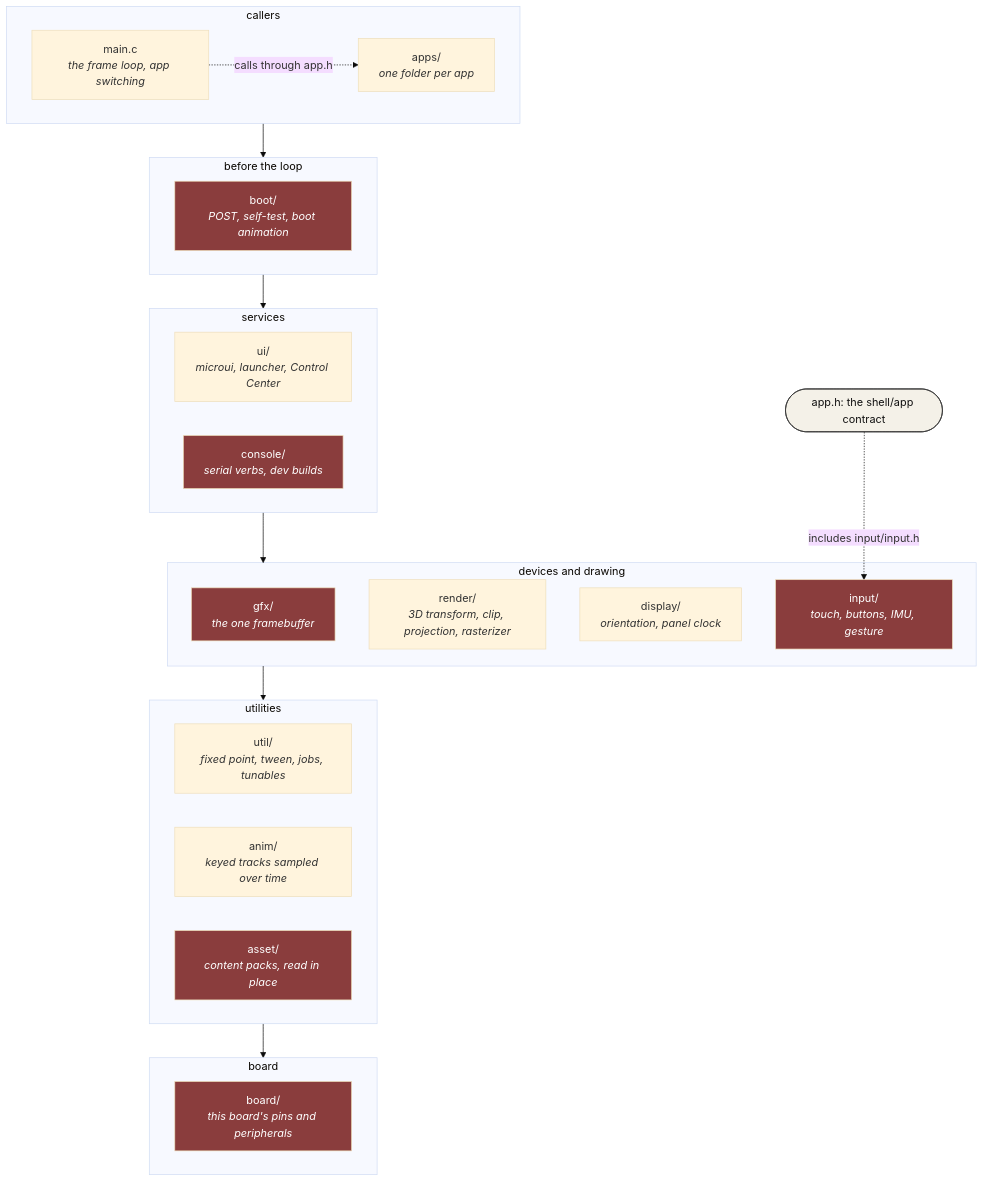
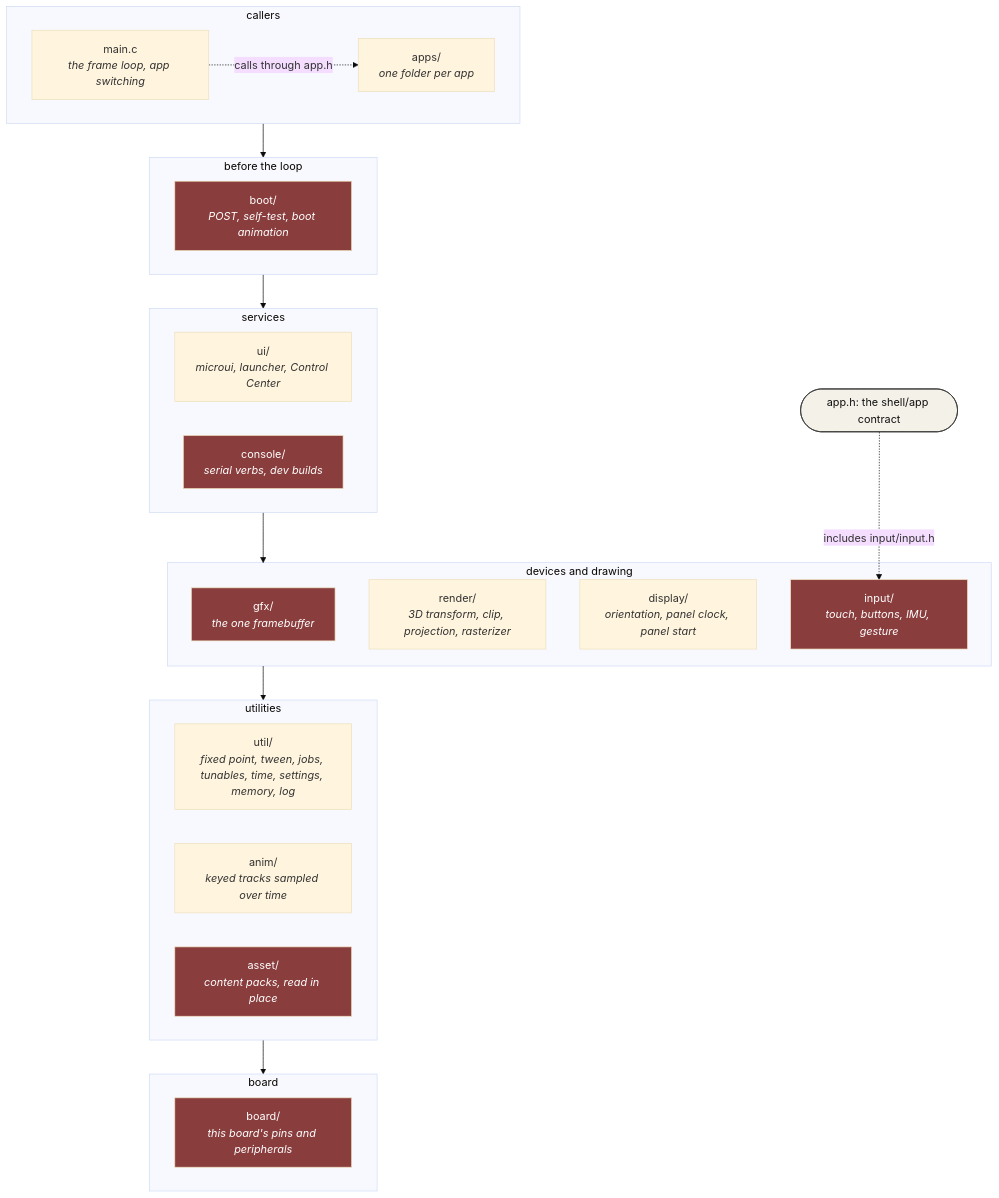
One commit to jose-villegas/autana changed the first of 4 diagrams in docs/Firmware-Architecture.md. Above: the diagram before and after it, drawn with Mermaid (base theme). The commit also changed other lines of this file and 4 other files, not shown here.

Commit message:
shell: main.c reaches hardware only through input, display and util modules

````diff
--- a/docs/Firmware-Architecture.md
+++ b/docs/Firmware-Architecture.md
@@ -46,36 +46,36 @@
 ```mermaid
 flowchart TB
     classDef hw fill:#8a3d3d,color:#fff
     classDef contract fill:#f4f1e8,stroke:#333,stroke-width:1px,color:#111
 
     subgraph R1["callers"]
         Apps["apps/<br/><i>one folder per app</i>"]
         Main["main.c<br/><i>the frame loop, app switching</i>"]
     end
     subgraph R3["before the loop"]
         Boot["boot/<br/><i>POST, self-test, boot animation</i>"]:::hw
     end
     subgraph R4["services"]
         Ui["ui/<br/><i>microui, launcher, Control Center</i>"]
         Console["console/<br/><i>serial verbs, dev builds</i>"]:::hw
     end
     subgraph R5["devices and drawing"]
         Gfx["gfx/<br/><i>the one framebuffer</i>"]:::hw
         Render["render/<br/><i>3D transform, clip, projection, rasterizer</i>"]
-        Display["display/<br/><i>orientation, panel clock</i>"]
+        Display["display/<br/><i>orientation, panel clock, panel start</i>"]
         Input["input/<br/><i>touch, buttons, IMU, gesture</i>"]:::hw
     end
     subgraph R6["utilities"]
-        Util["util/<br/><i>fixed point, tween, jobs, tunables</i>"]
+        Util["util/<br/><i>fixed point, tween, jobs, tunables, time, settings, memory, log</i>"]
         Anim["anim/<br/><i>keyed tracks sampled over time</i>"]
         Asset["asset/<br/><i>content packs, read in place</i>"]:::hw
     end
     subgraph R7["board"]
         Board["board/<br/><i>this board's pins and peripherals</i>"]:::hw
     end
 
     R1 --> R3 --> R4 --> R5 --> R6 --> R7
     Contract(["app.h: the shell/app contract"]):::contract
     Main -.->|"calls through app.h"| Apps
     Contract -.->|"includes input/input.h"| Input
 ```
````
